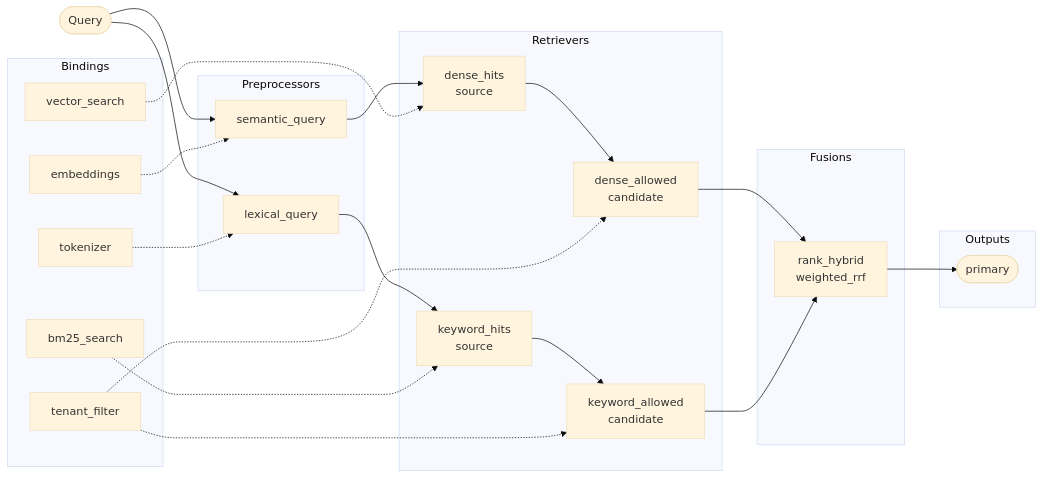
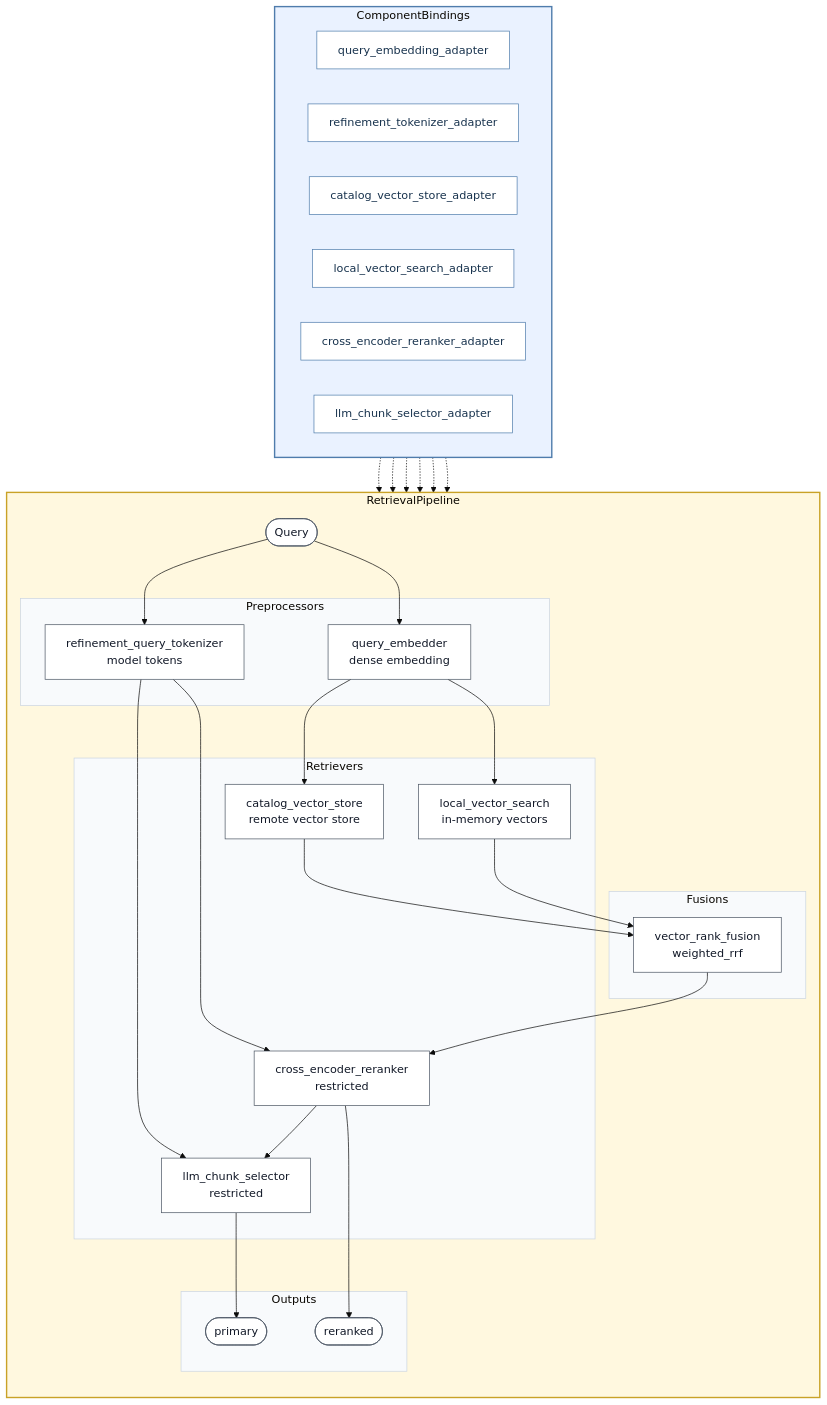
One commit to cristiangofiar/Chunkbuster changed the second of 6 diagrams in EXAMPLES.md. Above: the diagram before and after it, drawn with Mermaid (base theme). The commit also changed other lines of this file and 12 other files, not shown here.

First line of the commit message:
Add SVG diagram for vector ensemble with LLM and script to render documentation diagrams from YAML examples

````diff
--- a/EXAMPLES.md
+++ b/EXAMPLES.md
@@ -115,42 +167,59 @@
 ```mermaid
-flowchart LR
-    query([Query])
-
-    subgraph preprocessors[Preprocessors]
-        semantic_query[semantic_query]
-        lexical_query[lexical_query]
+flowchart TB
+    subgraph pipeline["RetrievalPipeline"]
+        direction TB
+        query([Query])
+        subgraph preprocessors[Preprocessors]
+            query_embedder["query_embedder<br/>dense embedding"]
+            refinement_query_tokenizer["refinement_query_tokenizer<br/>model tokens"]
+        end
+        subgraph retrievers[Retrievers]
+            catalog_vector_store["catalog_vector_store<br/>remote vector store"]
+            local_vector_search["local_vector_search<br/>in-memory vectors"]
+            cross_encoder_reranker["cross_encoder_reranker<br/>restricted"]
+            llm_chunk_selector["llm_chunk_selector<br/>restricted"]
+        end
+        subgraph fusions[Fusions]
+            vector_rank_fusion["vector_rank_fusion<br/>weighted_rrf"]
+        end
+        subgraph outputs[Outputs]
+            primary([primary])
+            reranked([reranked])
+        end
+        query --> query_embedder
+        query_embedder --> catalog_vector_store --> vector_rank_fusion
+        query_embedder --> local_vector_search --> vector_rank_fusion
+        query --> refinement_query_tokenizer
+        refinement_query_tokenizer --> cross_encoder_reranker
+        refinement_query_tokenizer --> llm_chunk_selector
+        vector_rank_fusion --> cross_encoder_reranker --> llm_chunk_selector --> primary
+        cross_encoder_reranker --> reranked
     end
 
-    subgraph retrievers[Retrievers]
-        dense_hits["dense_hits<br/>source"]
-        keyword_hits["keyword_hits<br/>source"]
-        dense_allowed["dense_allowed<br/>candidate"]
-        keyword_allowed["keyword_allowed<br/>candidate"]
+    subgraph bindings["ComponentBindings"]
+        direction LR
+        query_embedding_adapter[query_embedding_adapter]
+        refinement_tokenizer_adapter[refinement_tokenizer_adapter]
+        catalog_vector_store_adapter[catalog_vector_store_adapter]
+        local_vector_search_adapter[local_vector_search_adapter]
+        cross_encoder_reranker_adapter[cross_encoder_reranker_adapter]
+        llm_chunk_selector_adapter[llm_chunk_selector_adapter]
     end
+    query_embedding_adapter -.-> query_embedder
+    refinement_tokenizer_adapter -.-> refinement_query_tokenizer
+    catalog_vector_store_adapter -.-> catalog_vector_store
+    local_vector_search_adapter -.-> local_vector_search
+    cross_encoder_reranker_adapter -.-> cross_encoder_reranker
+    llm_chunk_selector_adapter -.-> llm_chunk_selector
 
-    subgraph fusions[Fusions]
-        rank_hybrid["rank_hybrid<br/>weighted_rrf"]
-    end
-
-    subgraph outputs[Outputs]
-        primary([primary])
-    end
-
-    subgraph bindings[Bindings]
-        embeddings[embeddings]
-        tokenizer[tokenizer]
-        vector_search[vector_search]
-        bm25_search[bm25_search]
-        tenant_filter[tenant_filter]
-    end
-
-    query --> semantic_query --> dense_hits --> dense_allowed --> rank_hybrid
-    query --> lexical_query --> keyword_hits --> keyword_allowed --> rank_hybrid
-    rank_hybrid --> primary
-    embeddings -.-> semantic_query
-    tokenizer -.-> lexical_query
-    vector_search -.-> dense_hits
-    bm25_search -.-> keyword_hits
-    tenant_filter -.-> dense_allowed
-    tenant_filter -.-> keyword_allowed
+    classDef node fill:#ffffff,stroke:#4b5563,color:#111827
+    classDef adapter fill:#ffffff,stroke:#4f7cac,color:#17324d
+    class query,query_embedder,refinement_query_tokenizer,catalog_vector_store,local_vector_search,cross_encoder_reranker,llm_chunk_selector,vector_rank_fusion,primary,reranked node
+    class query_embedding_adapter,refinement_tokenizer_adapter,catalog_vector_store_adapter,local_vector_search_adapter,cross_encoder_reranker_adapter,llm_chunk_selector_adapter adapter
+    style pipeline fill:#fff8df,stroke:#c9a227,stroke-width:2px
+    style bindings fill:#eaf2ff,stroke:#4f7cac,stroke-width:2px
+    style preprocessors fill:#f8fafc,stroke:#cbd5e1
+    style retrievers fill:#f8fafc,stroke:#cbd5e1
+    style fusions fill:#f8fafc,stroke:#cbd5e1
+    style outputs fill:#f8fafc,stroke:#cbd5e1
 ```
````
